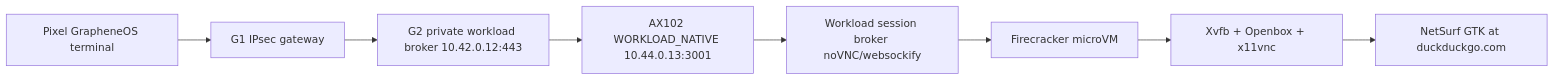
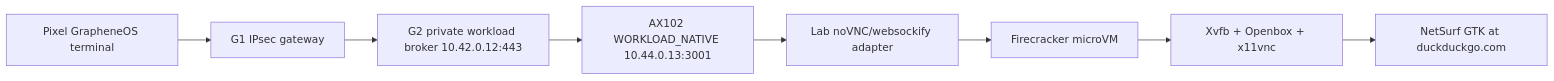
One commit to officemexel-hash/sylion_secure changed the diagram in docs/admin-panel-v2/99-step3-58-native-duckduckgo-gui-firecracker.md. Above: the diagram before and after it, drawn with Mermaid. The commit also changed other lines of this file and 13 other files, not shown here.

Commit message:
Add G2 Guacamole session broker gate

````diff
--- a/docs/admin-panel-v2/99-step3-58-native-duckduckgo-gui-firecracker.md
+++ b/docs/admin-panel-v2/99-step3-58-native-duckduckgo-gui-firecracker.md
@@ -9,10 +9,10 @@
 ```mermaid
 flowchart LR
   Pixel["Pixel GrapheneOS terminal"] --> G1["G1 IPsec gateway"]
   G1 --> G2["G2 private workload broker 10.42.0.12:443"]
   G2 --> AX["AX102 WORKLOAD_NATIVE 10.44.0.13:3001"]
-  AX --> Broker["Workload session broker noVNC/websockify"]
+  AX --> Broker["Lab noVNC/websockify adapter"]
   Broker --> VM["Firecracker microVM"]
   VM --> X11["Xvfb + Openbox + x11vnc"]
   X11 --> App["NetSurf GTK at duckduckgo.com"]
 ```
````
